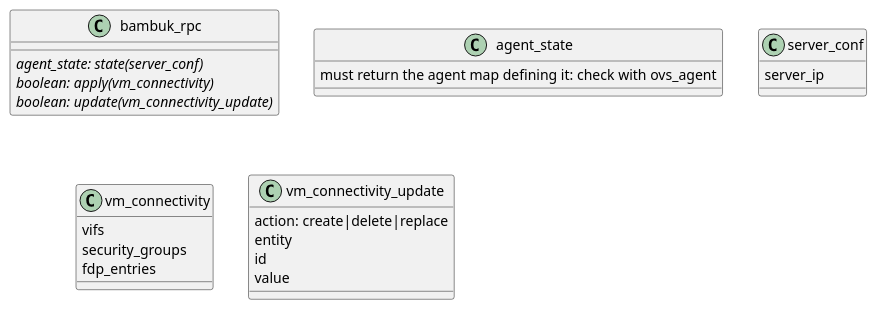
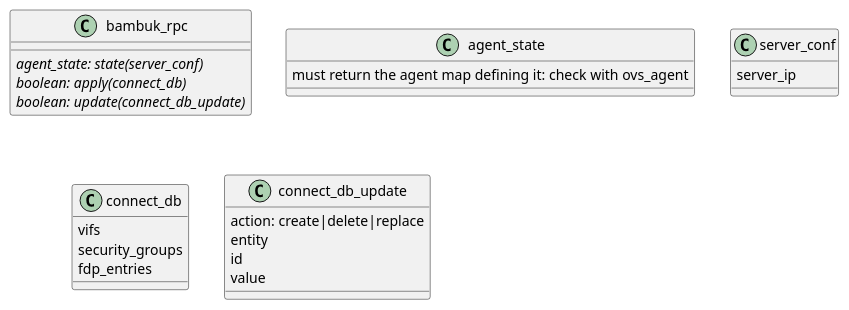
The diagram in doc/source/bambuk_rpc.puml (lionelz/networking-bambuk), drawn with PlantUML before and after one commit. The commit also changed 24 other files, not shown here.

```diff
--- a/doc/source/bambuk_rpc.puml
+++ b/doc/source/bambuk_rpc.puml
@@ -1,32 +1,32 @@
 @startuml
 
 class bambuk_rpc {
 
   {abstract}agent_state: state(server_conf)
-  {abstract}boolean: apply(vm_connectivity)
-  {abstract}boolean: update(vm_connectivity_update)
+  {abstract}boolean: apply(connect_db)
+  {abstract}boolean: update(connect_db_update)
 
 }
 
 class agent_state {
    must return the agent map defining it: check with ovs_agent
 }
 
 class server_conf {
    server_ip
 }
 
-class vm_connectivity {
+class connect_db {
    vifs
    security_groups
    fdp_entries
 }
 
-class vm_connectivity_update {
+class connect_db_update {
     action: create|delete|replace
     entity
     id
     value
 }
 
 @enduml
```
